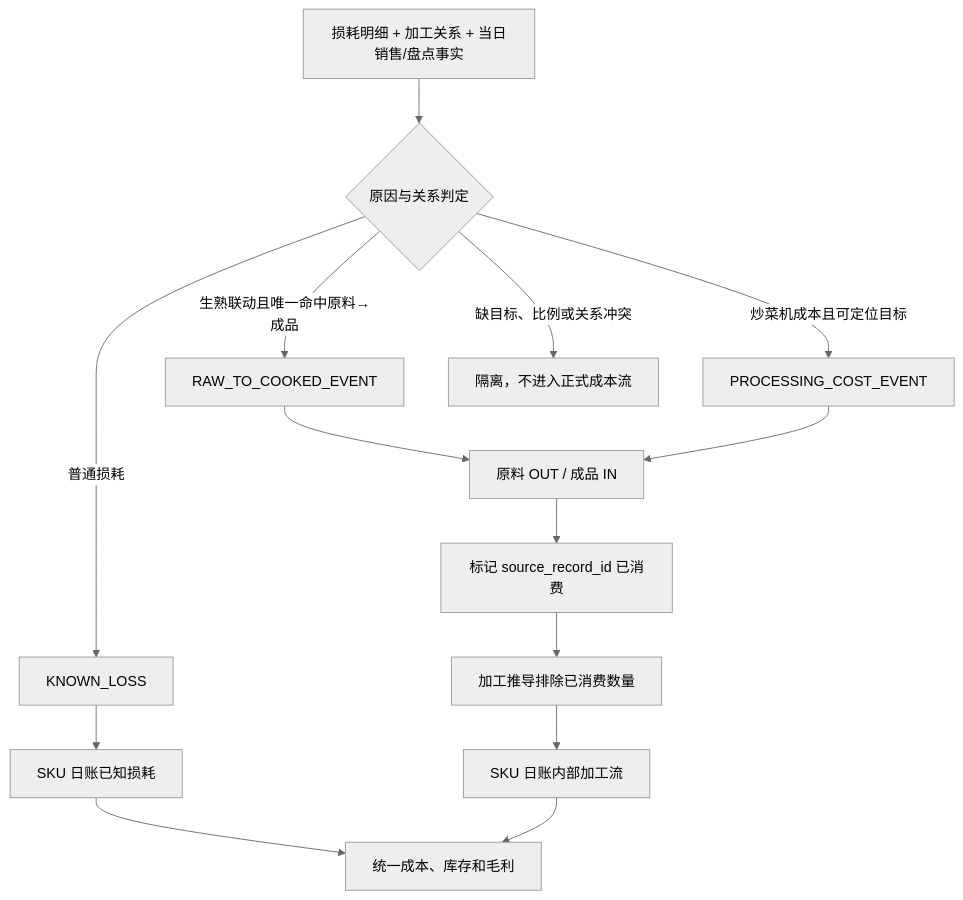
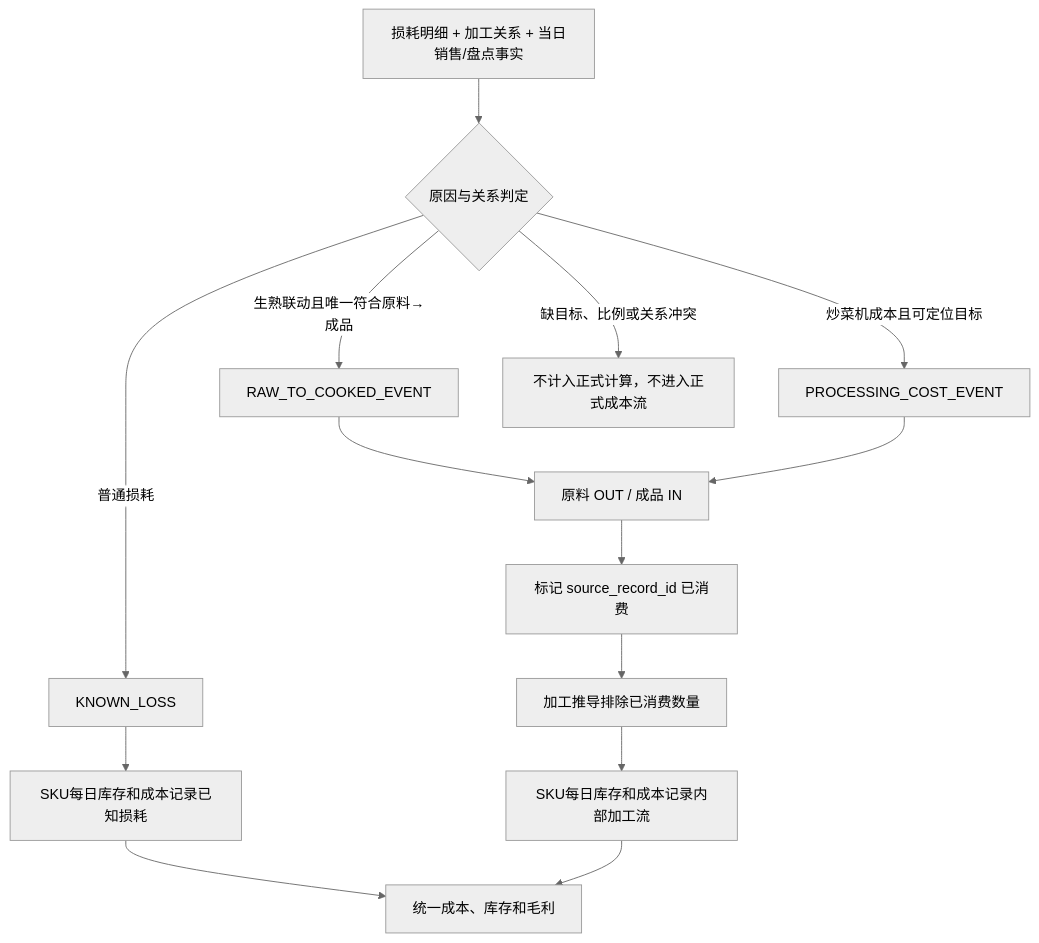
The second of 2 diagrams in fmetl/docs/reviews/V0.16_PROCESSING_SSLS_CHAIN_REVIEW.md (kate636/cuihua-data), drawn with Mermaid (neutral theme) before and after one commit. The commit also changed other lines of this file and 42 other files, not shown here.

````diff
--- a/fmetl/docs/reviews/V0.16_PROCESSING_SSLS_CHAIN_REVIEW.md
+++ b/fmetl/docs/reviews/V0.16_PROCESSING_SSLS_CHAIN_REVIEW.md
@@ -113,17 +113,17 @@
 ```mermaid
 flowchart TD
     A["损耗明细 + 加工关系 + 当日销售/盘点事实"] --> B{"原因与关系判定"}
     B -->|普通损耗| C["KNOWN_LOSS"]
-    B -->|生熟联动且唯一命中原料→成品| D["RAW_TO_COOKED_EVENT"]
+    B -->|生熟联动且唯一符合原料→成品| D["RAW_TO_COOKED_EVENT"]
     B -->|炒菜机成本且可定位目标| E["PROCESSING_COST_EVENT"]
-    B -->|缺目标、比例或关系冲突| F["隔离，不进入正式成本流"]
+    B -->|缺目标、比例或关系冲突| F["不计入正式计算，不进入正式成本流"]
 
     D --> G["原料 OUT / 成品 IN"]
     E --> G
     G --> H["标记 source_record_id 已消费"]
     H --> I["加工推导排除已消费数量"]
-    C --> J["SKU 日账已知损耗"]
-    I --> K["SKU 日账内部加工流"]
+    C --> J["SKU每日库存和成本记录已知损耗"]
+    I --> K["SKU每日库存和成本记录内部加工流"]
     J --> L["统一成本、库存和毛利"]
     K --> L
 ```
````
